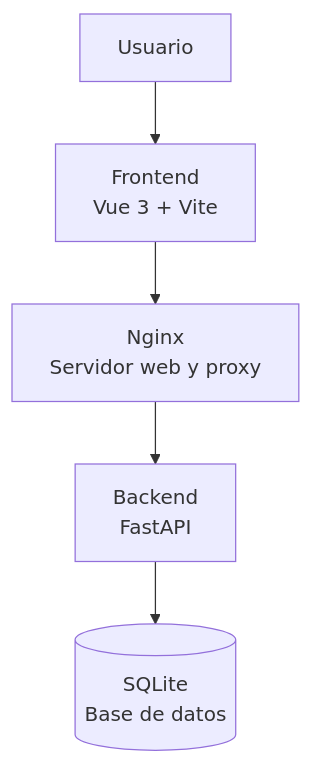
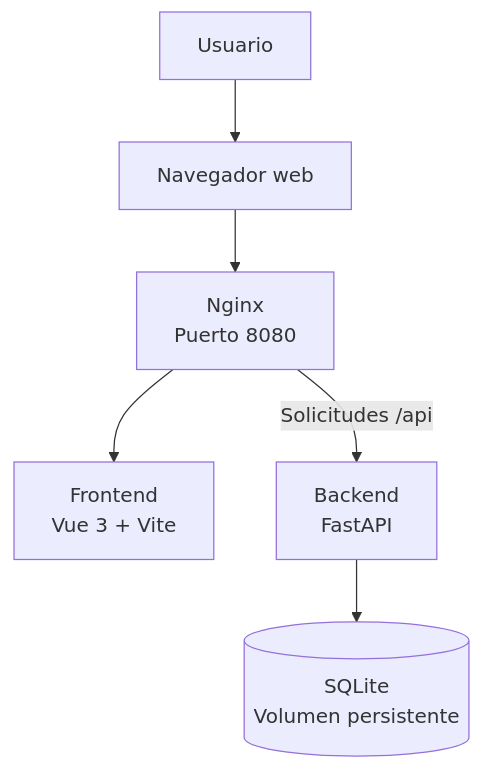
The first of 2 diagrams in README.md (KevinAlva23/sistema-contrataciones), drawn with Mermaid before and after one commit. The commit also changed other lines of this file, not shown here.

````diff
--- a/README.md
+++ b/README.md
@@ -75,13 +82,15 @@
 ```mermaid
-flowchart TB
+flowchart TD
     U["Usuario"]
+    N["Navegador web"]
     F["Frontend<br/>Vue 3 + Vite"]
-    N["Nginx<br/>Servidor web y proxy"]
-    A["Backend<br/>FastAPI"]
-    D[("SQLite<br/>Base de datos")]
+    W["Nginx<br/>Puerto 8080"]
+    B["Backend<br/>FastAPI"]
+    D[("SQLite<br/>Volumen persistente")]
 
-    U --> F
-    F --> N
-    N --> A
-    A --> D
+    U --> N
+    N --> W
+    W --> F
+    W -->|Solicitudes /api| B
+    B --> D
 ```
````
